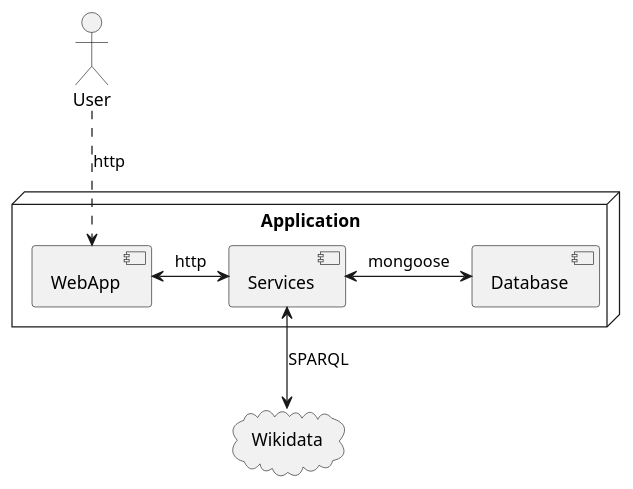
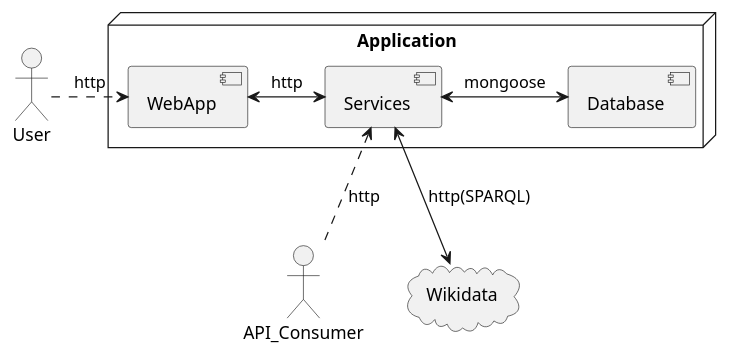
Before and after one commit to Arquisoft/wiq_en3b: the diagram in docs/plantumls/technical-context.wsd, drawn with PlantUML. The commit also changed 8 other files, not shown here.

```diff
--- a/docs/plantumls/technical-context.wsd
+++ b/docs/plantumls/technical-context.wsd
@@ -1,18 +1,18 @@
 @startuml Technical Context
-
 actor User
+actor API_Consumer
 
 node Application {
     component  WebApp
     component  Services
     component Database
 }
 
 cloud  Wikidata
 
-User ..> WebApp : http
+User .right.> WebApp : http
+API_Consumer .up.>Services : http
 WebApp <-> Services : http
 Services <-> Database : mongoose
-Services <--> Wikidata : SPARQL
-
+Services <--> Wikidata : http(SPARQL)
 @enduml
```
